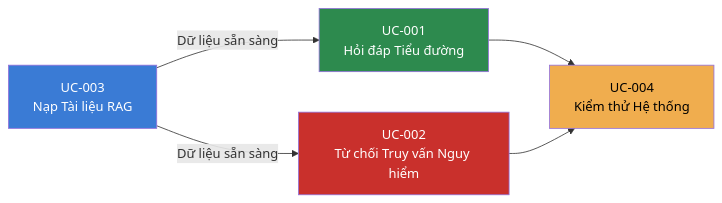
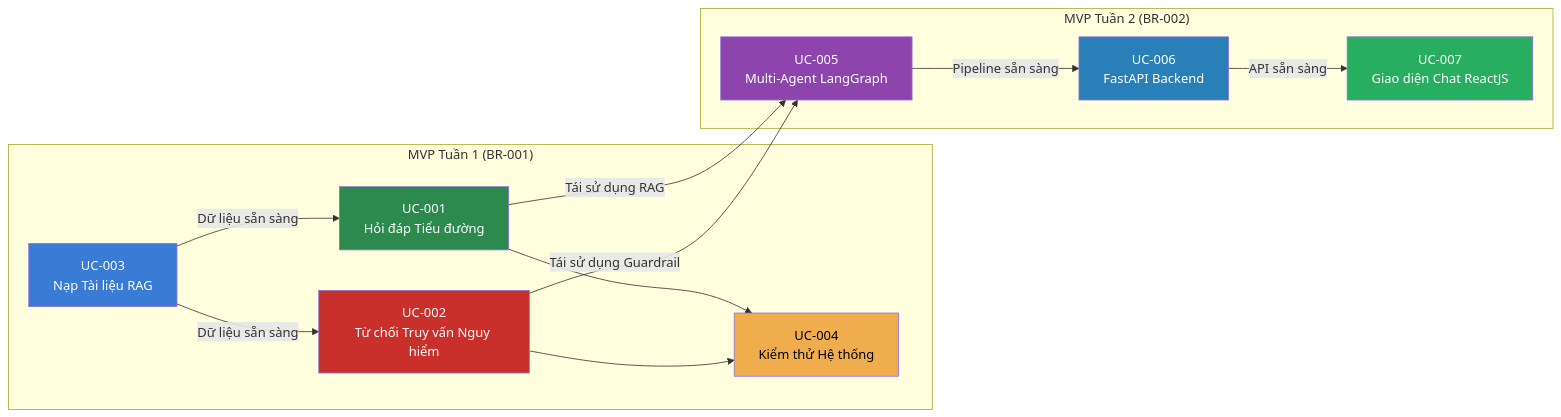
The diagram in specs/use-cases/README.md (manhhungtr211/DiaCareFlow), drawn with Mermaid before and after one commit. The commit also changed other lines of this file and 8 other files, not shown here.

````diff
--- a/specs/use-cases/README.md
+++ b/specs/use-cases/README.md
@@ -17,17 +19,33 @@
 ```mermaid
 flowchart LR
-    UC003["UC-003<br/>Nạp Tài liệu RAG"]
-    UC001["UC-001<br/>Hỏi đáp Tiểu đường"]
-    UC002["UC-002<br/>Từ chối Truy vấn Nguy hiểm"]
-    UC004["UC-004<br/>Kiểm thử Hệ thống"]
+    subgraph "MVP Tuần 1 (BR-001)"
+        UC003["UC-003<br/>Nạp Tài liệu RAG"]
+        UC001["UC-001<br/>Hỏi đáp Tiểu đường"]
+        UC002["UC-002<br/>Từ chối Truy vấn Nguy hiểm"]
+        UC004["UC-004<br/>Kiểm thử Hệ thống"]
+    end
+
+    subgraph "MVP Tuần 2 (BR-002)"
+        UC005["UC-005<br/>Multi-Agent LangGraph"]
+        UC006["UC-006<br/>FastAPI Backend"]
+        UC007["UC-007<br/>Giao diện Chat ReactJS"]
+    end
 
     UC003 -->|"Dữ liệu sẵn sàng"| UC001
     UC003 -->|"Dữ liệu sẵn sàng"| UC002
     UC001 --> UC004
     UC002 --> UC004
 
+    UC001 -->|"Tái sử dụng RAG"| UC005
+    UC002 -->|"Tái sử dụng Guardrail"| UC005
+    UC005 -->|"Pipeline sẵn sàng"| UC006
+    UC006 -->|"API sẵn sàng"| UC007
+
     style UC001 fill:#2d8a4e,color:#fff
     style UC002 fill:#c9302c,color:#fff
     style UC003 fill:#3a7bd5,color:#fff
     style UC004 fill:#f0ad4e,color:#000
+    style UC005 fill:#8e44ad,color:#fff
+    style UC006 fill:#2980b9,color:#fff
+    style UC007 fill:#27ae60,color:#fff
 ```
````
